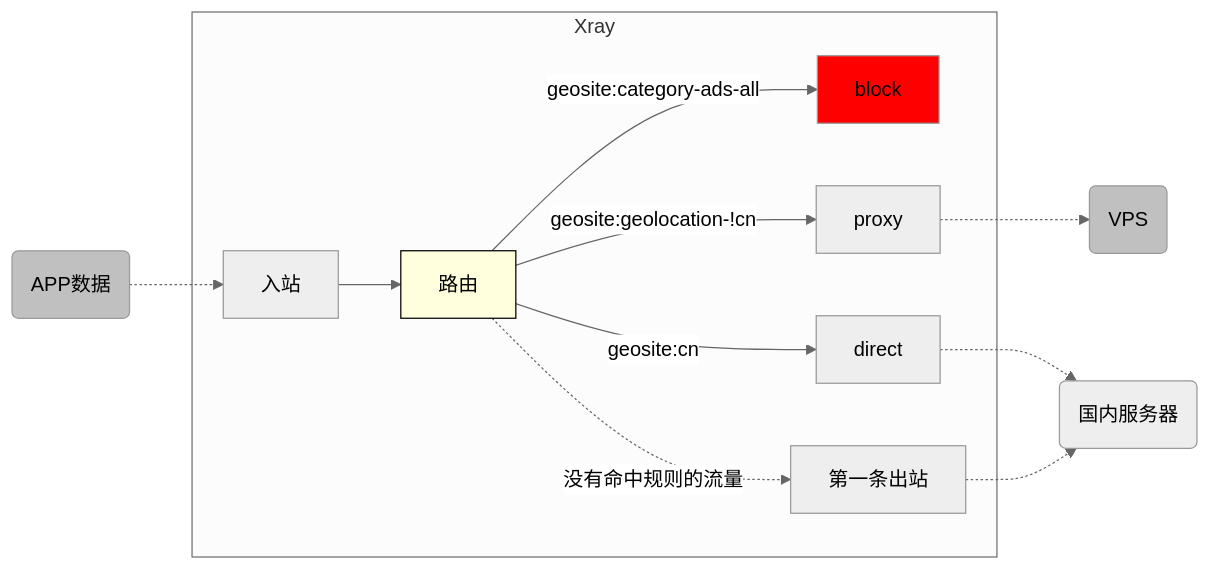
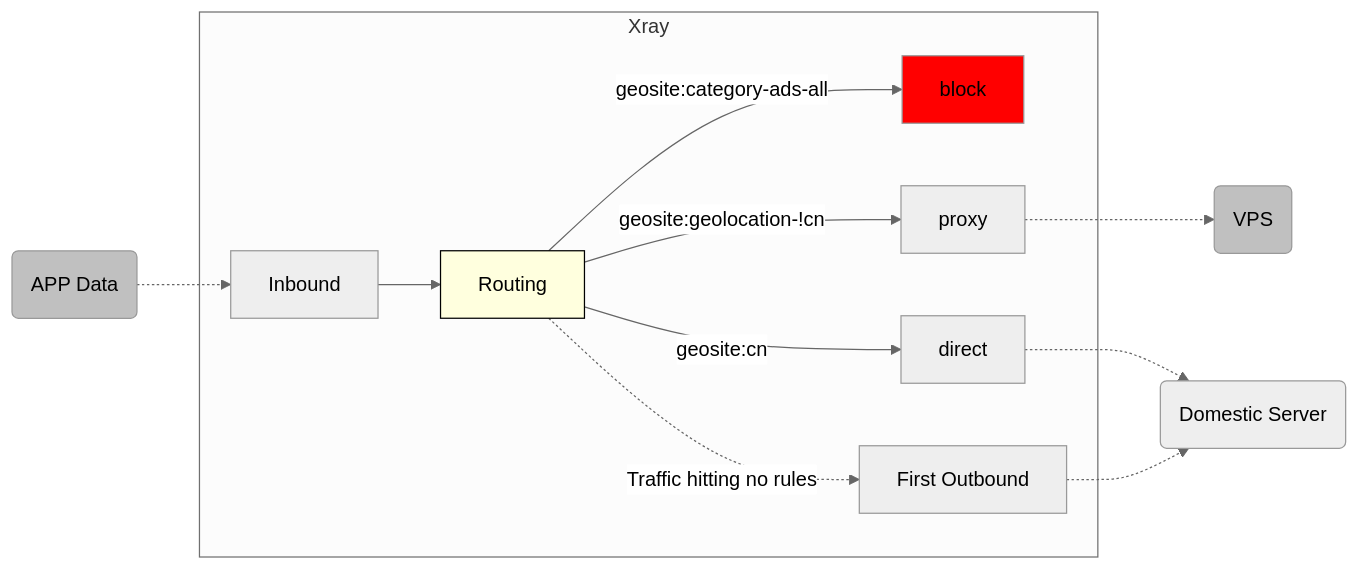
The fourth of 4 diagrams in docs/en/document/level-1/routing-lv1-part1.md (XTLS/Xray-docs-next), drawn with Mermaid (neutral theme) before and after one commit. The commit also changed other lines of this file and 90 other files, not shown here.

````diff
--- a/docs/en/document/level-1/routing-lv1-part1.md
+++ b/docs/en/document/level-1/routing-lv1-part1.md
@@ -384,26 +383,26 @@
 ```mermaid
     graph LR;
 
-    S(APP数据) .-> I[入站]
+    S(APP Data) .-> I[Inbound]
 
     subgraph Xray
-    I --> R[路由] -- "geosite:category-ads-all" --> O1[block]
-    R[路由] -- "geosite:geolocation-!cn" --> O3[proxy]
-    R[路由] -- "geosite:cn" --> O2[direct]
-    R[路由] -. "没有命中规则的流量" .-> O4[第一条出站]
+    I --> R[Routing] -- "geosite:category-ads-all" --> O1[block]
+    R[Routing] -- "geosite:geolocation-!cn" --> O3[proxy]
+    R[Routing] -- "geosite:cn" --> O2[direct]
+    R[Routing] -. "Traffic hitting no rules" .-> O4[First Outbound]
 
     end
 
-    O2 .-> D(国内服务器)
+    O2 .-> D(Domestic Server)
     O3 .-> V(VPS)
     O4 .-> D
 
     O1:::redclass
     V:::greyclass
     S:::greyclass
     R:::routingclass
     classDef redclass fill:#FF0000
     classDef greyclass fill:#C0C0C0
     classDef routingclass fill:#FFFFDE,stroke:#000000
 
 ```
````
